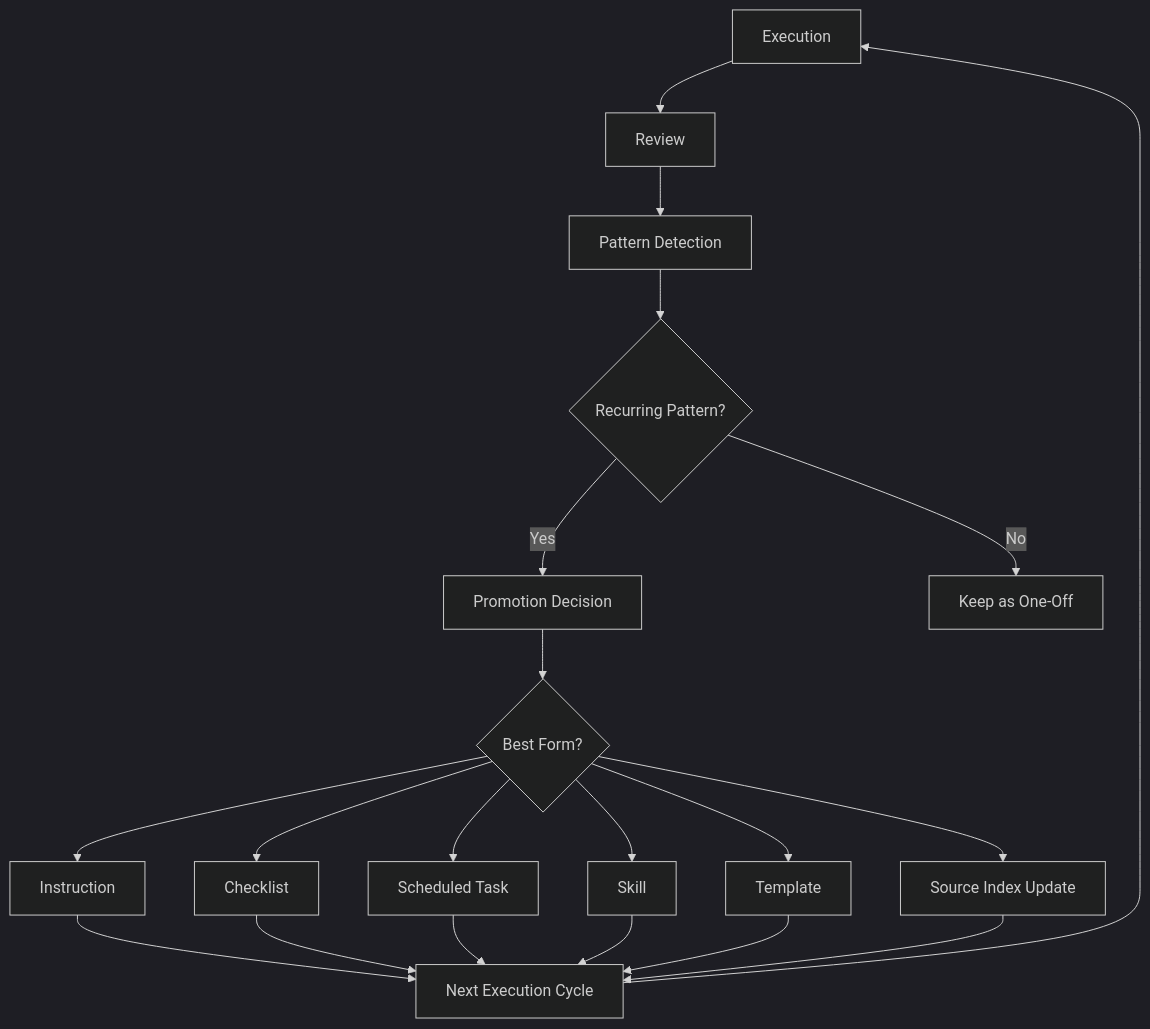
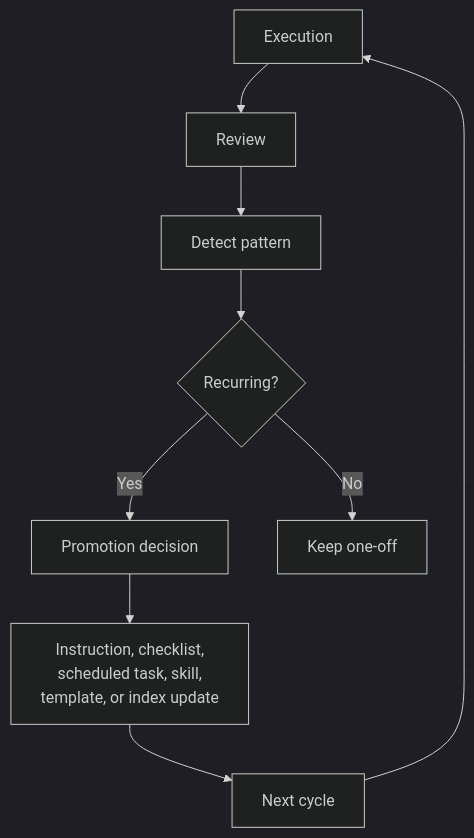
The diagram in architecture/RECURSIVE_WORKFLOWS.md (marcus-uden-dev/ai-native-proof-of-work), drawn with Mermaid (dark theme) before and after one commit. The commit also changed other lines of this file and 78 other files, not shown here.

Commit message:
Reframe strategy and diagrams around project proof

````diff
--- a/architecture/RECURSIVE_WORKFLOWS.md
+++ b/architecture/RECURSIVE_WORKFLOWS.md
@@ -8,22 +8,11 @@
 ```mermaid
 flowchart TD
-    A[Execution] --> B[Review]
-    B --> C[Pattern Detection]
-    C --> D{Recurring Pattern?}
-    D -->|Yes| E[Promotion Decision]
-    D -->|No| F[Keep as One-Off]
-    E --> G{Best Form?}
-    G --> H[Instruction]
-    G --> I[Checklist]
-    G --> J[Scheduled Task]
-    G --> K[Skill]
-    G --> L[Template]
-    G --> M[Source Index Update]
-    H --> N[Next Execution Cycle]
-    I --> N
-    J --> N
-    K --> N
-    L --> N
-    M --> N
-    N --> A
+    A["Execution"] --> B["Review"]
+    B --> C["Detect pattern"]
+    C --> D{"Recurring?"}
+    D -->|Yes| E["Promotion decision"]
+    D -->|No| F["Keep one-off"]
+    E --> G["Instruction, checklist,<br/>scheduled task, skill,<br/>template, or index update"]
+    G --> H["Next cycle"]
+    H --> A
 ```
````
